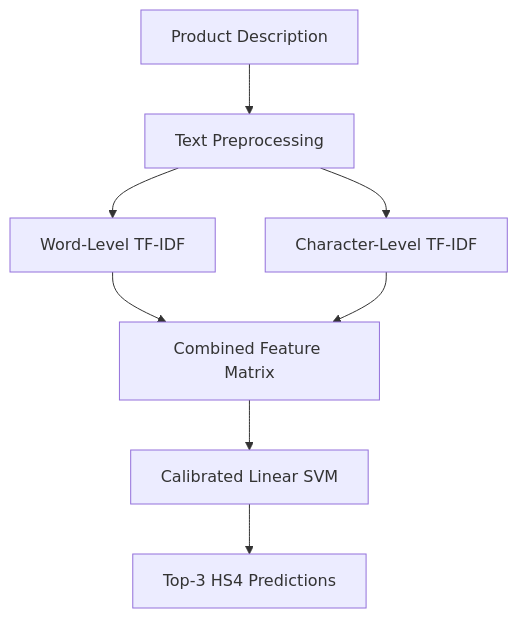
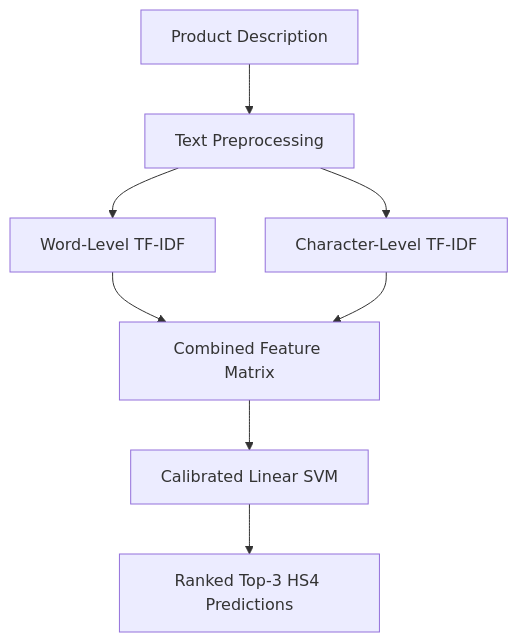
One commit to Ayesha-Ansa/hs-chapter-classification-nlp changed the diagram in README.md. Above: the diagram before and after it, drawn with Mermaid. The commit also changed other lines of this file, not shown here.

````diff
--- a/README.md
+++ b/README.md
@@ -21,10 +27,10 @@
 ```mermaid
 flowchart TD
-    A[Product Description] --> B[Text Preprocessing]
-    B --> C[Word-Level TF-IDF]
-    B --> D[Character-Level TF-IDF]
-    C --> E[Combined Feature Matrix]
+    A["Product Description"] --> B["Text Preprocessing"]
+    B --> C["Word-Level TF-IDF"]
+    B --> D["Character-Level TF-IDF"]
+    C --> E["Combined Feature Matrix"]
     D --> E
-    E --> F[Calibrated Linear SVM]
-    F --> G[Top-3 HS4 Predictions]
+    E --> F["Calibrated Linear SVM"]
+    F --> G["Ranked Top-3 HS4 Predictions"]
 ```
````
